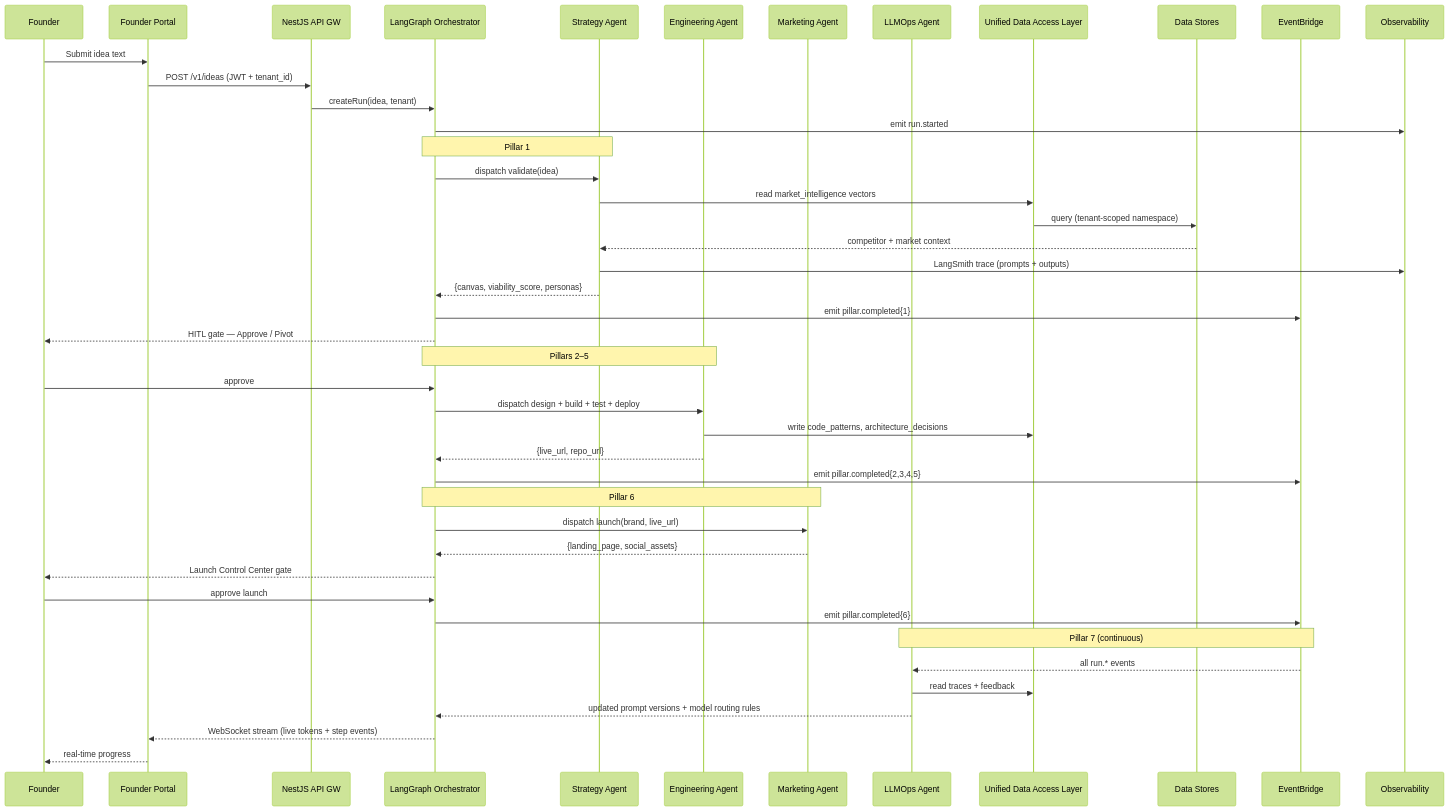
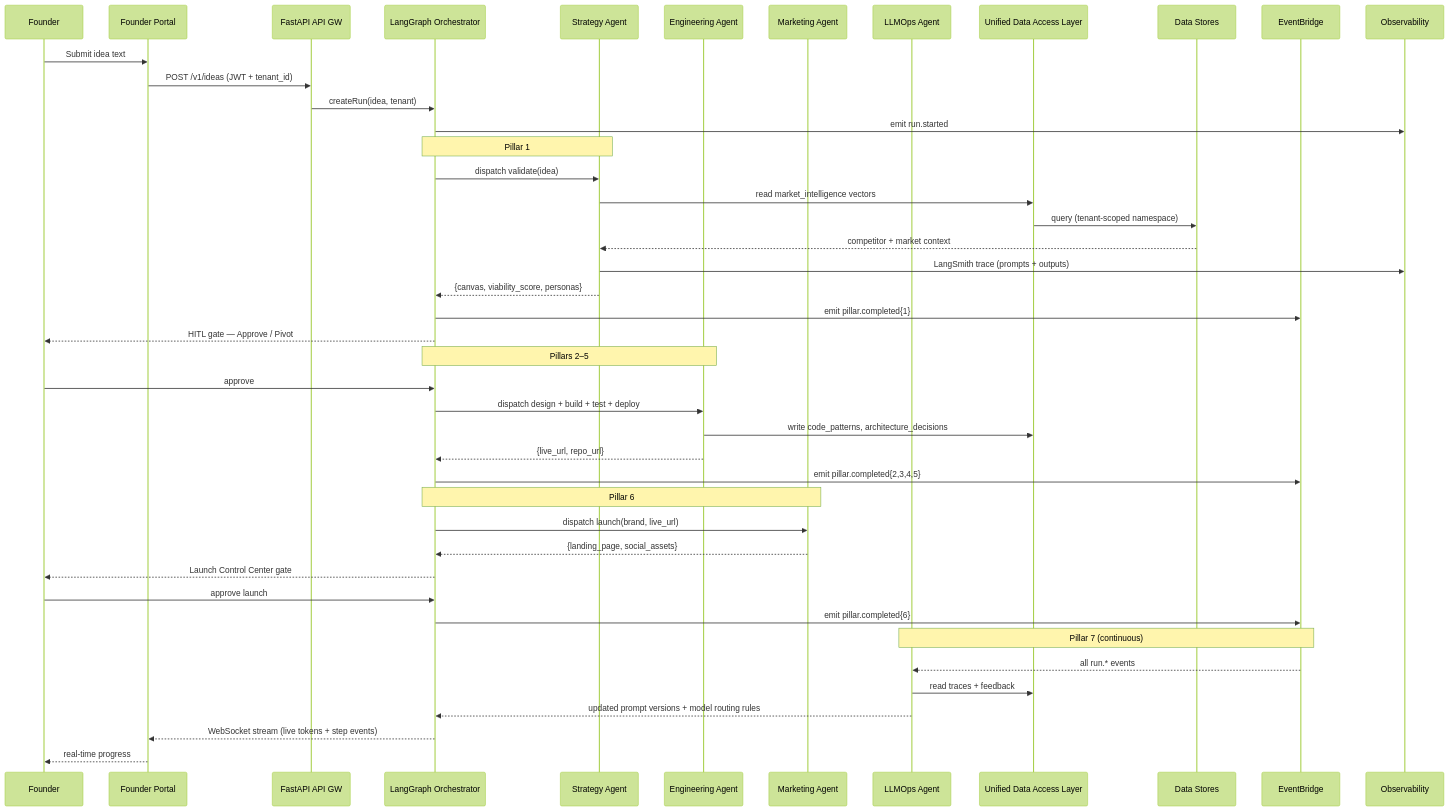
One commit to kaushraj1/AutoFounder changed the fifth of 18 diagrams in docs/architecture/HLD.md. Above: the diagram before and after it, drawn with Mermaid (forest theme). The commit also changed other lines of this file and 7 other files, not shown here.

````diff
--- a/docs/architecture/HLD.md
+++ b/docs/architecture/HLD.md
@@ -287,52 +287,52 @@
 ```mermaid
 sequenceDiagram
     participant U as Founder
     participant FE as Founder Portal
-    participant GW as NestJS API GW
+    participant GW as FastAPI API GW
     participant ORCH as LangGraph Orchestrator
     participant STR as Strategy Agent
     participant ENG as Engineering Agent
     participant MKT as Marketing Agent
     participant LMO as LLMOps Agent
     participant UDAL as Unified Data Access Layer
     participant DB as Data Stores
     participant BUS as EventBridge
     participant OBS as Observability
 
     U->>FE: Submit idea text
     FE->>GW: POST /v1/ideas (JWT + tenant_id)
     GW->>ORCH: createRun(idea, tenant)
     ORCH->>OBS: emit run.started
 
     Note over ORCH,STR: Pillar 1
     ORCH->>STR: dispatch validate(idea)
     STR->>UDAL: read market_intelligence vectors
     UDAL->>DB: query (tenant-scoped namespace)
     DB-->>STR: competitor + market context
     STR->>OBS: LangSmith trace (prompts + outputs)
     STR-->>ORCH: {canvas, viability_score, personas}
     ORCH->>BUS: emit pillar.completed{1}
     ORCH-->>U: HITL gate — Approve / Pivot
 
     Note over ORCH,ENG: Pillars 2–5
     U->>ORCH: approve
     ORCH->>ENG: dispatch design + build + test + deploy
     ENG->>UDAL: write code_patterns, architecture_decisions
     ENG-->>ORCH: {live_url, repo_url}
     ORCH->>BUS: emit pillar.completed{2,3,4,5}
 
     Note over ORCH,MKT: Pillar 6
     ORCH->>MKT: dispatch launch(brand, live_url)
     MKT-->>ORCH: {landing_page, social_assets}
     ORCH-->>U: Launch Control Center gate
     U->>ORCH: approve launch
     ORCH->>BUS: emit pillar.completed{6}
 
     Note over BUS,LMO: Pillar 7 (continuous)
     BUS-->>LMO: all run.* events
     LMO->>UDAL: read traces + feedback
     LMO-->>ORCH: updated prompt versions + model routing rules
 
     ORCH-->>FE: WebSocket stream (live tokens + step events)
     FE-->>U: real-time progress
 ```
````
